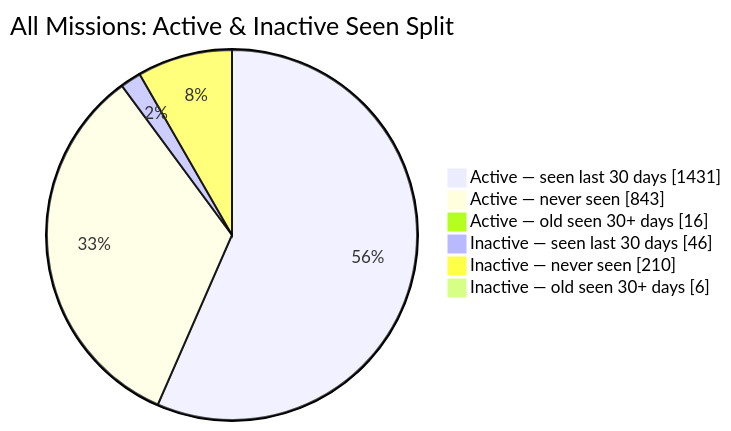
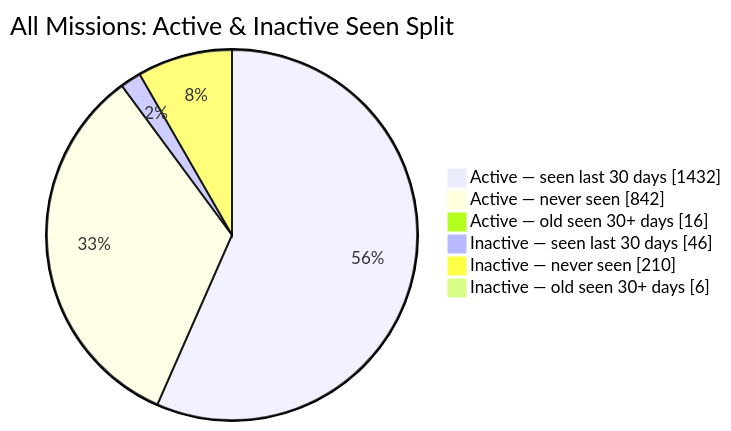
The second of 2 diagrams in README.md (MeldkamerspelGameTeam/active-missions), drawn with Mermaid before and after one commit. The commit also changed other lines of this file and 3 other files, not shown here.

````diff
--- a/README.md
+++ b/README.md
@@ -44,10 +44,10 @@
 ```mermaid
 pie showData
     title All Missions: Active & Inactive Seen Split
-    "Active — seen last 30 days" : 1431
-    "Active — never seen" : 843
+    "Active — seen last 30 days" : 1432
+    "Active — never seen" : 842
     "Active — old seen 30+ days" : 16
     "Inactive — seen last 30 days" : 46
     "Inactive — never seen" : 210
     "Inactive — old seen 30+ days" : 6
 ```
````
